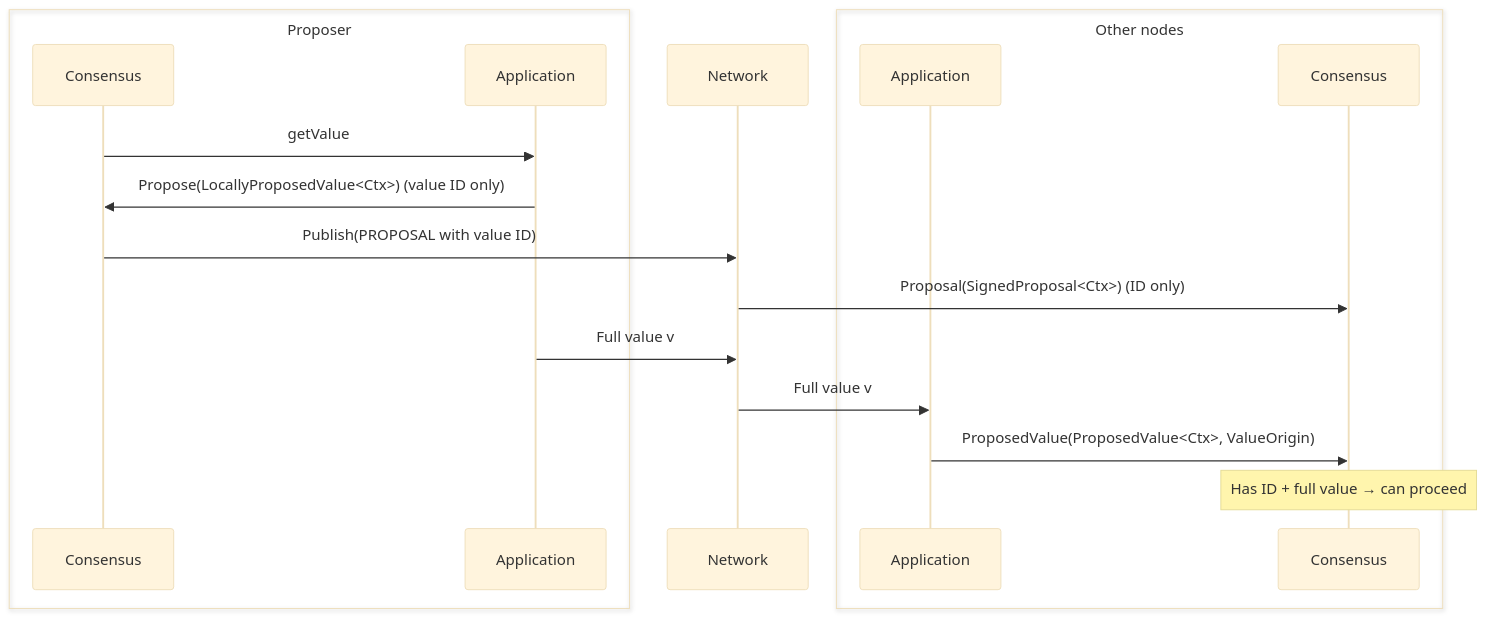
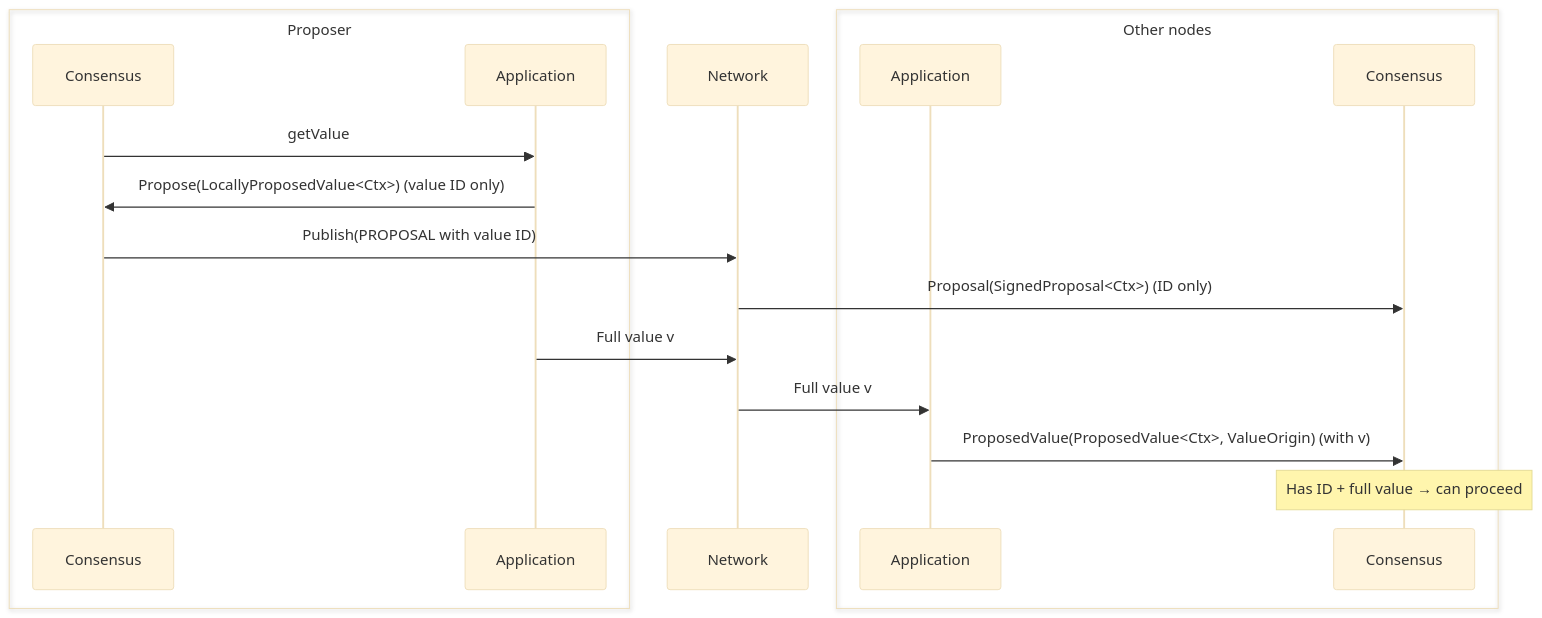
One commit to circlefin/malachite changed the second of 3 diagrams in docs/architecture/adr-003-values-propagation.md. Above: the diagram before and after it, drawn with Mermaid (base theme). The commit also changed other lines of this file, not shown here.

````diff
--- a/docs/architecture/adr-003-values-propagation.md
+++ b/docs/architecture/adr-003-values-propagation.md
@@ -151,25 +151,25 @@
 ```mermaid
 sequenceDiagram
     box Proposer
       participant C1 as Consensus
       participant A1 as Application
     end
 
     participant N as Network
     
     box Other nodes
       participant A2 as Application
       participant C2 as Consensus
     end
 
     C1->>A1: getValue
     A1->>C1: Propose(LocallyProposedValue<Ctx>) (value ID only)
     C1->>N: Publish(PROPOSAL with value ID)
     N->>C2: Proposal(SignedProposal<Ctx>) (ID only)
 
     A1->>N: Full value v
     N->>A2: Full value v
-    A2->>C2: ProposedValue(ProposedValue<Ctx>, ValueOrigin)
+    A2->>C2: ProposedValue(ProposedValue<Ctx>, ValueOrigin) (with v)
 
     Note over C2: Has ID + full value → can proceed
 ```
````
